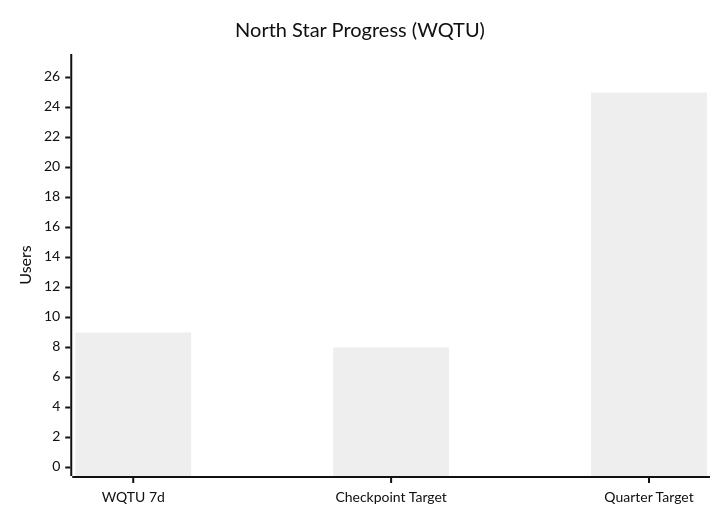
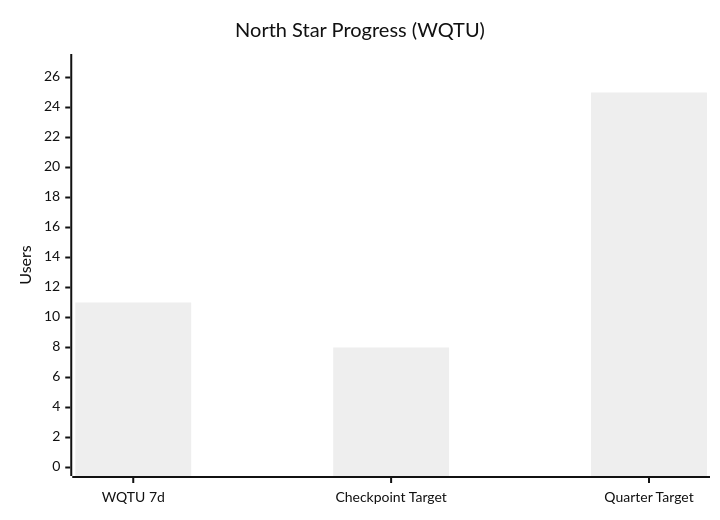
One commit to IgorGanapolsky/Random-Timer changed the second of 4 diagrams in wiki/Paid-Acquisition.md. Above: the diagram before and after it, drawn with Mermaid (neutral theme). The commit also changed other lines of this file and 10 other files, not shown here.

````diff
--- a/wiki/Paid-Acquisition.md
+++ b/wiki/Paid-Acquisition.md
@@ -50,7 +50,7 @@
 ```mermaid
 xychart-beta
     title "North Star Progress (WQTU)"
     x-axis ["WQTU 7d" , "Checkpoint Target" , "Quarter Target"]
     y-axis "Users" 0 --> 27
-    bar [9 , 8 , 25]
+    bar [11 , 8 , 25]
 ```
````
